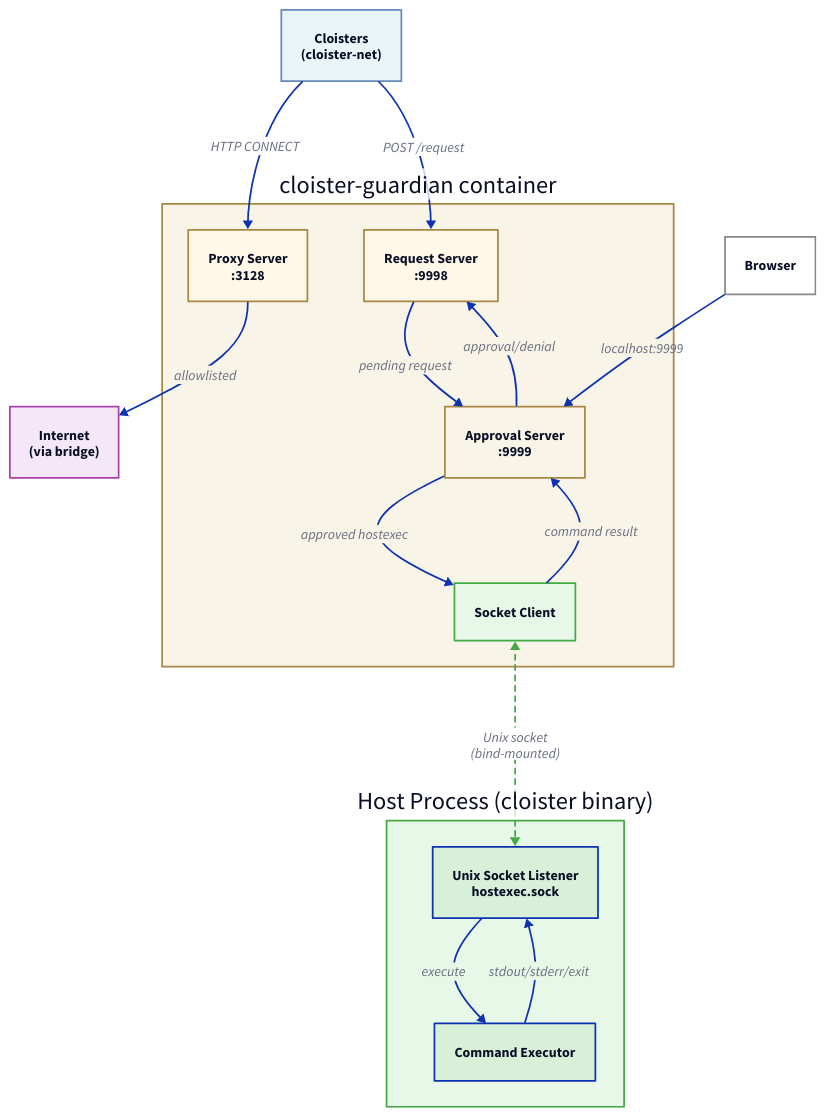
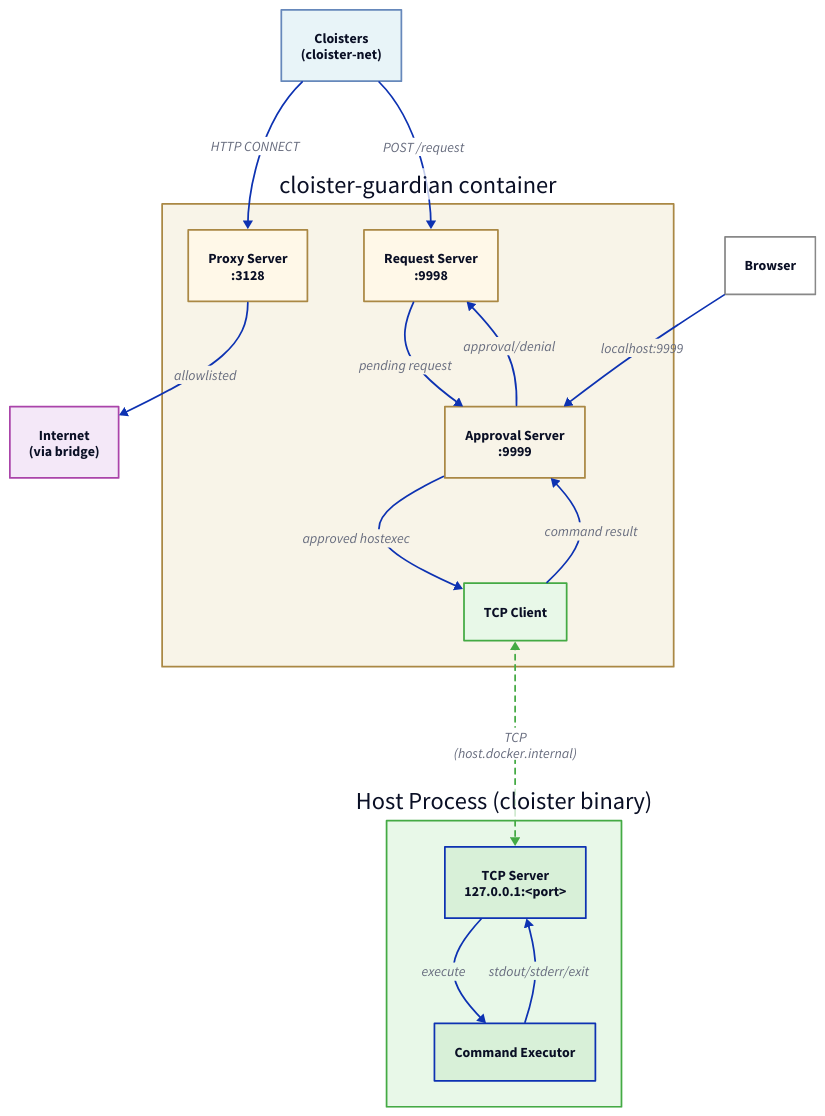
The diagram in specs/diagrams/guardian-internal.d2 (xdg/cloister), drawn with D2 before and after one commit. The commit also changed 35 other files, not shown here.

First line of the commit message:
Simplify executor auth and fix hostexec shell injection

```diff
--- a/specs/diagrams/guardian-internal.d2
+++ b/specs/diagrams/guardian-internal.d2
@@ -1,78 +1,78 @@
 # Guardian Architecture: Container + Host Process
 direction: down
 
 container: cloister-guardian container {
   style.fill: "#f8f4e8"
   style.stroke: "#a84"
 
   proxy: "Proxy Server\n:3128" {
     style.fill: "#fff8e8"
     style.stroke: "#a84"
   }
 
   request_server: "Request Server\n:9998" {
     style.fill: "#fff8e8"
     style.stroke: "#a84"
   }
 
   approval_server: "Approval Server\n:9999" {
     style.fill: "#f8f4e8"
     style.stroke: "#a84"
   }
 
-  socket_client: "Socket Client" {
+  tcp_client: "TCP Client" {
     style.fill: "#e8f8e8"
     style.stroke: "#4a4"
   }
 
   request_server -> approval_server: pending request
   approval_server -> request_server: approval/denial
 
-  approval_server -> socket_client: approved hostexec
-  socket_client -> approval_server: command result
+  approval_server -> tcp_client: approved hostexec
+  tcp_client -> approval_server: command result
 }
 
 host: Host Process (cloister binary) {
   style.fill: "#e8f8e8"
   style.stroke: "#4a4"
 
-  socket_listener: "Unix Socket Listener\nhostexec.sock" {
+  tcp_server: "TCP Server\n127.0.0.1:<port>" {
     style.fill: "#d8f0d8"
   }
 
   executor: "Command Executor" {
     style.fill: "#d8f0d8"
   }
 
-  socket_listener -> executor: execute
-  executor -> socket_listener: stdout/stderr/exit
+  tcp_server -> executor: execute
+  executor -> tcp_server: stdout/stderr/exit
 }
 
-# Unix socket IPC
-container.socket_client <-> host.socket_listener: Unix socket\n(bind-mounted) {
+# TCP IPC via host.docker.internal
+container.tcp_client <-> host.tcp_server: TCP\n(host.docker.internal) {
   style.stroke: "#4a4"
   style.stroke-dash: 3
 }
 
 # External connections
 cloisters: "Cloisters\n(cloister-net)" {
   style.fill: "#e8f4f8"
   style.stroke: "#68b"
 }
 
 internet: "Internet\n(via bridge)" {
   style.fill: "#f4e8f8"
   style.stroke: "#a4a"
 }
 
 browser: "Browser" {
   style.fill: "#fff"
   style.stroke: "#888"
 }
 
 cloisters -> container.proxy: HTTP CONNECT
 cloisters -> container.request_server: POST /request
 container.proxy -> internet: allowlisted
 browser -> container.approval_server: localhost:9999
 
 # vim: set ts=2 sts=2 sw=2 et tw=75:
```
